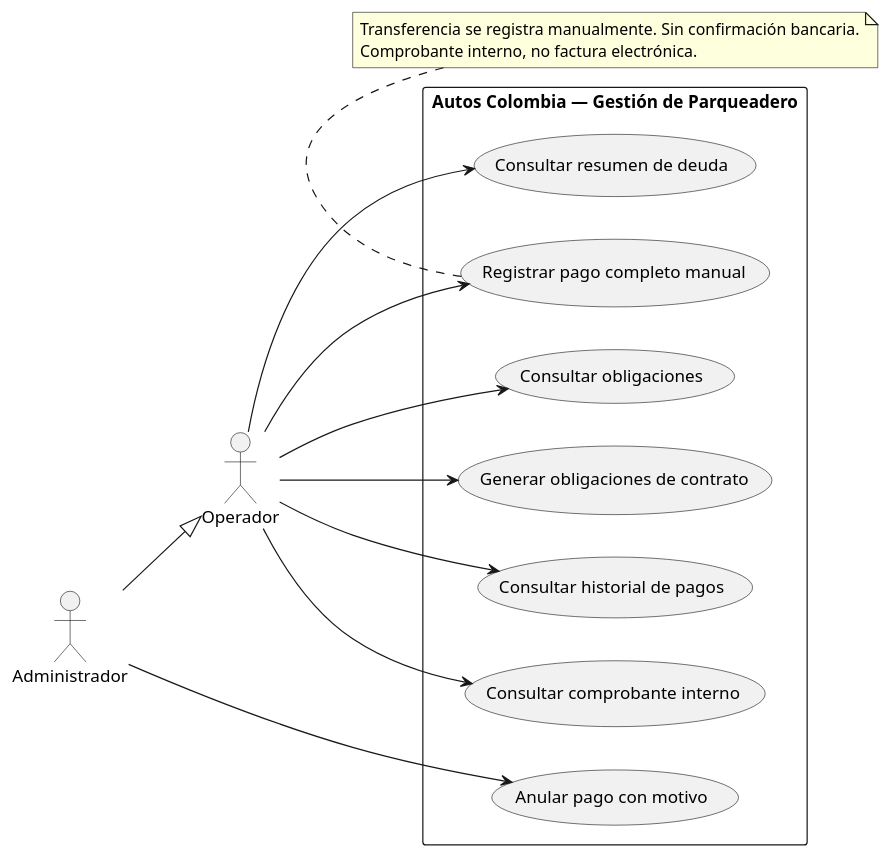
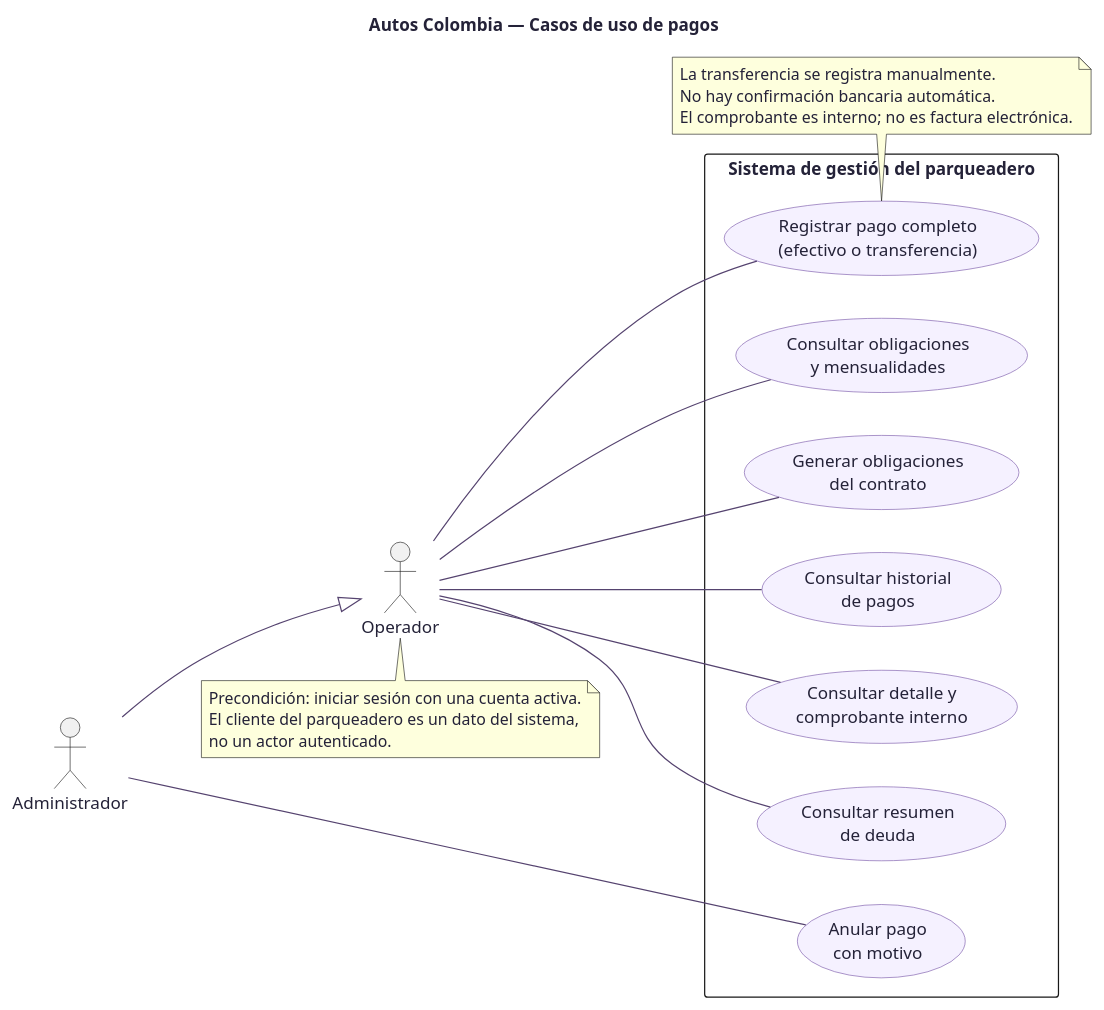
One commit to brayandurango-lgtm/Disenio-de-sistema-de-informacion-iteracion-tres changed the diagram in full stack/docs/entrega-iteracion-3/diagramas/modelos-editables/casos-uso-iteracion-3.puml. Above: the diagram before and after it, drawn with PlantUML. The commit also changed 6 other files, not shown here.

Commit message:
Actualizacion en los diagramas

```diff
--- a/full stack/docs/entrega-iteracion-3/diagramas/modelos-editables/casos-uso-iteracion-3.puml
+++ b/full stack/docs/entrega-iteracion-3/diagramas/modelos-editables/casos-uso-iteracion-3.puml
@@ -1,26 +1,49 @@
 @startuml
 left to right direction
-actor Operador
+skinparam backgroundColor #FFFFFF
+skinparam defaultFontColor #242238
+skinparam shadowing false
+skinparam packageStyle rectangle
+skinparam usecase {
+  BackgroundColor #F5F1FF
+  BorderColor #7653A6
+  ArrowColor #55436F
+}
+skinparam actorStyle stickman
+
+title Autos Colombia — Casos de uso de pagos
+
+actor Operador as Op
 actor Administrador as Admin
-Admin --|> Operador
-rectangle "Autos Colombia — Gestión de Parqueadero" {
- usecase "Consultar obligaciones" as U1
- usecase "Generar obligaciones de contrato" as U6
- usecase "Registrar pago completo manual" as U2
- usecase "Consultar historial de pagos" as U3
- usecase "Consultar comprobante interno" as U7
- usecase "Anular pago con motivo" as U4
- usecase "Consultar resumen de deuda" as U5
+Admin --|> Op
+
+rectangle "Sistema de gestión del parqueadero" {
+  usecase "Consultar obligaciones\ny mensualidades" as UC1
+  usecase "Generar obligaciones\ndel contrato" as UC2
+  usecase "Registrar pago completo\n(efectivo o transferencia)" as UC3
+  usecase "Consultar historial\nde pagos" as UC4
+  usecase "Consultar detalle y\ncomprobante interno" as UC5
+  usecase "Consultar resumen\nde deuda" as UC6
+  usecase "Anular pago\ncon motivo" as UC7
 }
-Operador --> U1
-Operador --> U6
-Operador --> U2
-Operador --> U3
-Operador --> U7
-Operador --> U5
-Admin --> U4
-note bottom of U2
-Transferencia se registra manualmente. Sin confirmación bancaria.
-Comprobante interno, no factura electrónica.
+
+Op -- UC1
+Op -- UC2
+Op -- UC3
+Op -- UC4
+Op -- UC5
+Op -- UC6
+Admin -- UC7
+
+note bottom of UC3
+La transferencia se registra manualmente.
+No hay confirmación bancaria automática.
+El comprobante es interno; no es factura electrónica.
+end note
+
+note bottom of Op
+Precondición: iniciar sesión con una cuenta activa.
+El cliente del parqueadero es un dato del sistema,
+no un actor autenticado.
 end note
 @enduml
```
